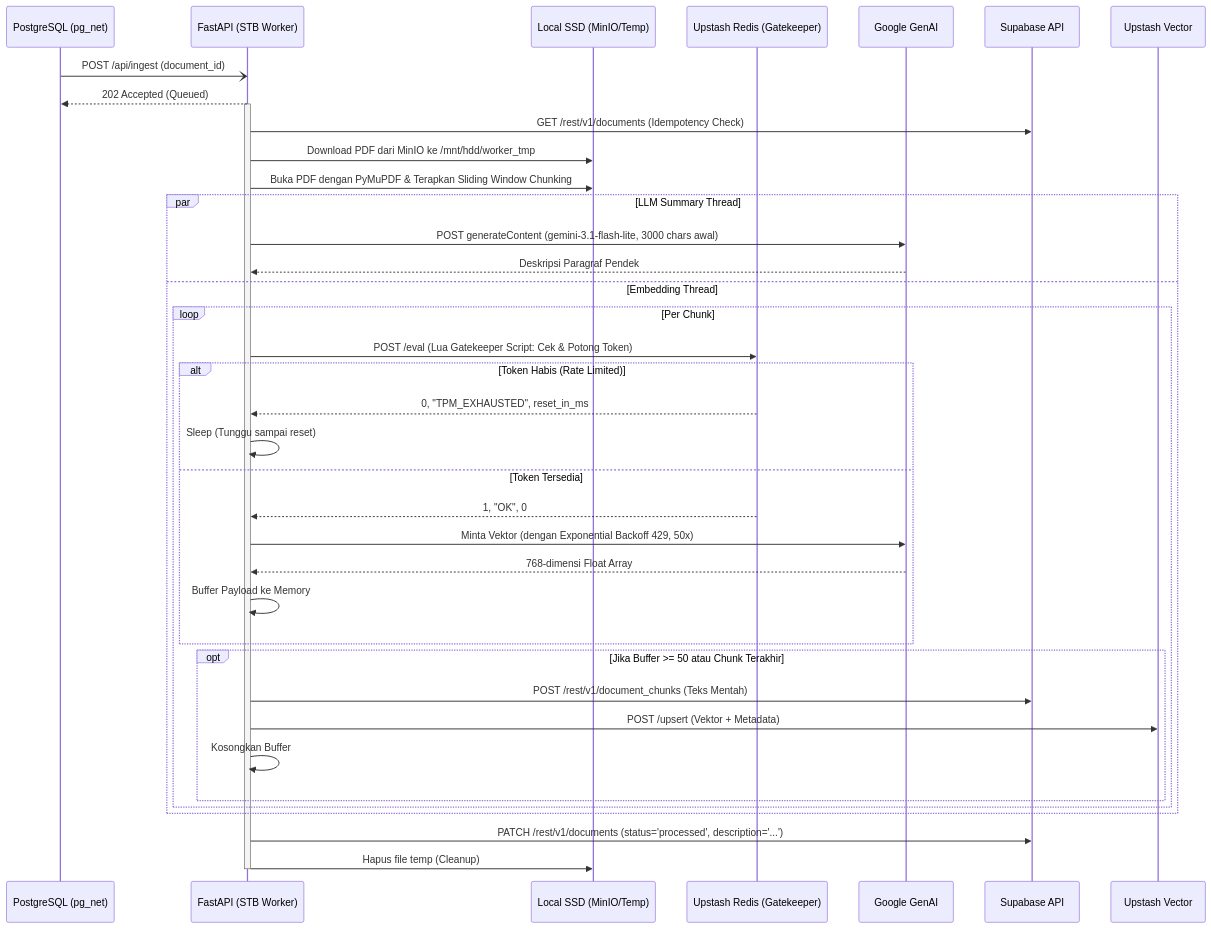
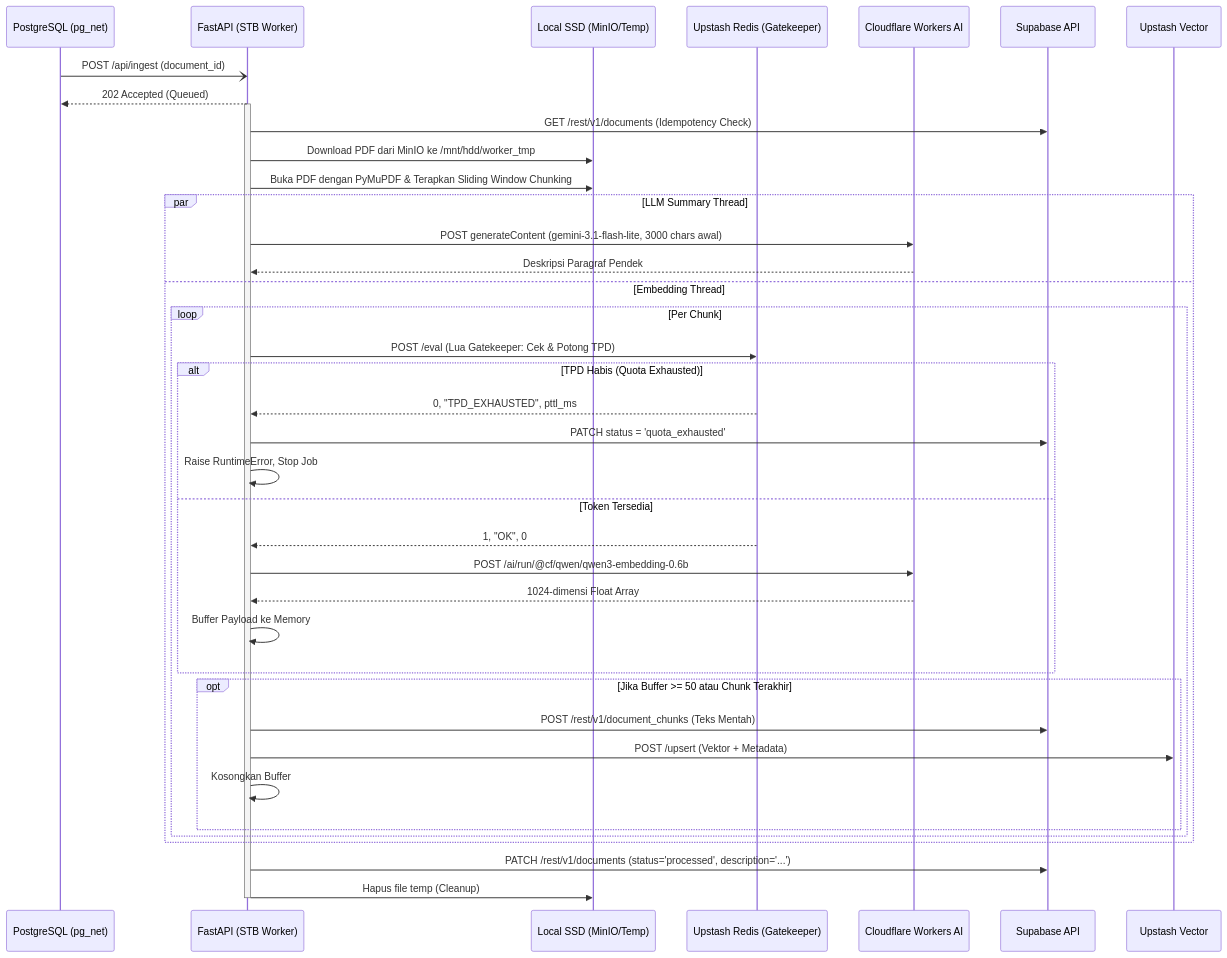
The diagram in docs/backend/stb-extraction-worker.md (kanzhamada/Dokyudo), drawn with Mermaid before and after one commit. The commit also changed other lines of this file and 9 other files, not shown here.

First line of the commit message:
Migrate embedding service from Gemini to Cloudflare Workers AI

````diff
--- a/docs/backend/stb-extraction-worker.md
+++ b/docs/backend/stb-extraction-worker.md
@@ -13,46 +14,47 @@
 ```mermaid
 sequenceDiagram
     participant Supabase as PostgreSQL (pg_net)
     participant API as FastAPI (STB Worker)
     participant Disk as Local SSD (MinIO/Temp)
     participant Redis as Upstash Redis (Gatekeeper)
-    participant Gemini as Google GenAI
+    participant CF as Cloudflare Workers AI
     participant PostgREST as Supabase API
     participant VectorDB as Upstash Vector
 
     Supabase-)API: POST /api/ingest (document_id)
     API-->>Supabase: 202 Accepted (Queued)
     
     activate API
     API->>PostgREST: GET /rest/v1/documents (Idempotency Check)
     API->>Disk: Download PDF dari MinIO ke /mnt/hdd/worker_tmp
     API->>Disk: Buka PDF dengan PyMuPDF & Terapkan Sliding Window Chunking
     
     par LLM Summary Thread
-        API->>Gemini: POST generateContent (gemini-3.1-flash-lite, 3000 chars awal)
-        Gemini-->>API: Deskripsi Paragraf Pendek
+        API->>CF: POST generateContent (gemini-3.1-flash-lite, 3000 chars awal)
+        CF-->>API: Deskripsi Paragraf Pendek
     and Embedding Thread
         loop Per Chunk
-            API->>Redis: POST /eval (Lua Gatekeeper Script: Cek & Potong Token)
-            alt Token Habis (Rate Limited)
-                Redis-->>API: 0, "TPM_EXHAUSTED", reset_in_ms
-                API->>API: Sleep (Tunggu sampai reset)
+            API->>Redis: POST /eval (Lua Gatekeeper: Cek & Potong TPD)
+            alt TPD Habis (Quota Exhausted)
+                Redis-->>API: 0, "TPD_EXHAUSTED", pttl_ms
+                API->>PostgREST: PATCH status = 'quota_exhausted'
+                API->>API: Raise RuntimeError, Stop Job
             else Token Tersedia
                 Redis-->>API: 1, "OK", 0
-                API->>Gemini: Minta Vektor (dengan Exponential Backoff 429, 50x)
-                Gemini-->>API: 768-dimensi Float Array
+                API->>CF: POST /ai/run/@cf/qwen/qwen3-embedding-0.6b
+                CF-->>API: 1024-dimensi Float Array
                 API->>API: Buffer Payload ke Memory
             end
             
             opt Jika Buffer >= 50 atau Chunk Terakhir
                 API->>PostgREST: POST /rest/v1/document_chunks (Teks Mentah)
                 API->>VectorDB: POST /upsert (Vektor + Metadata)
                 API->>API: Kosongkan Buffer
             end
         end
     end
     
     API->>PostgREST: PATCH /rest/v1/documents (status='processed', description='...')
     API->>Disk: Hapus file temp (Cleanup)
     deactivate API
 ```
````
